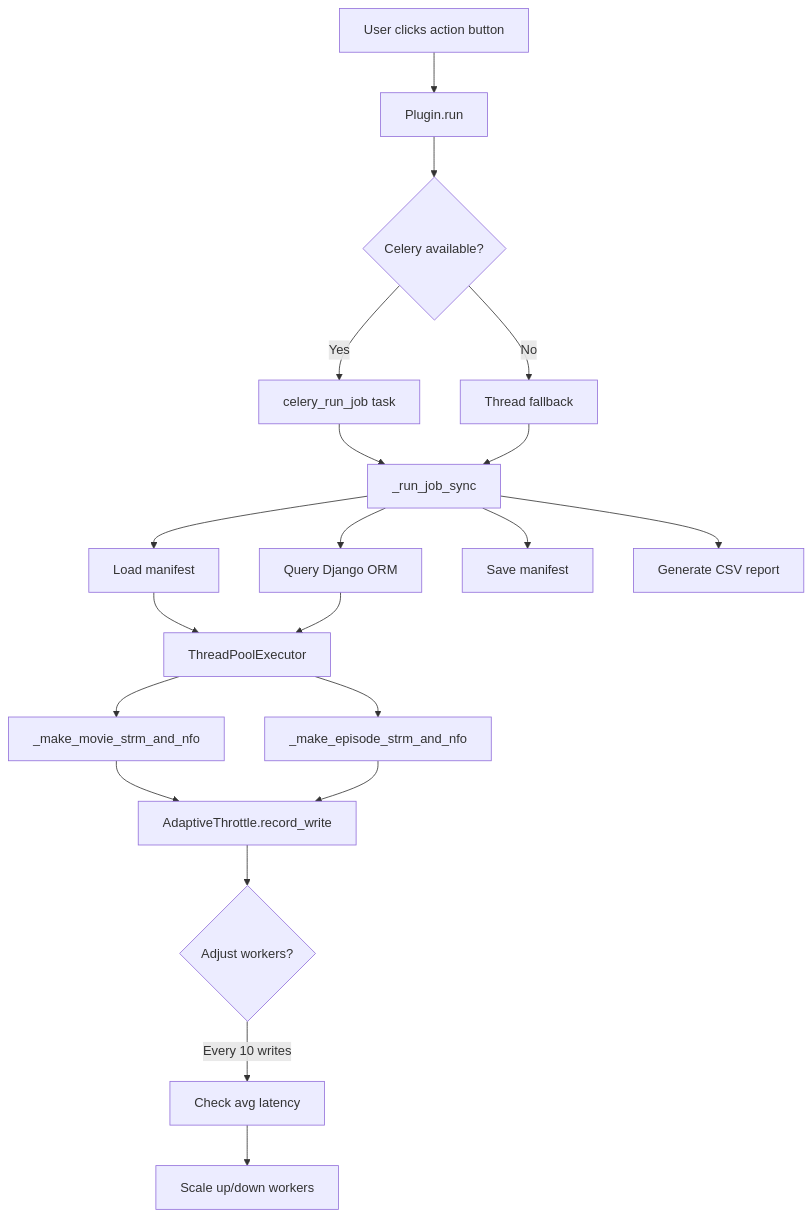
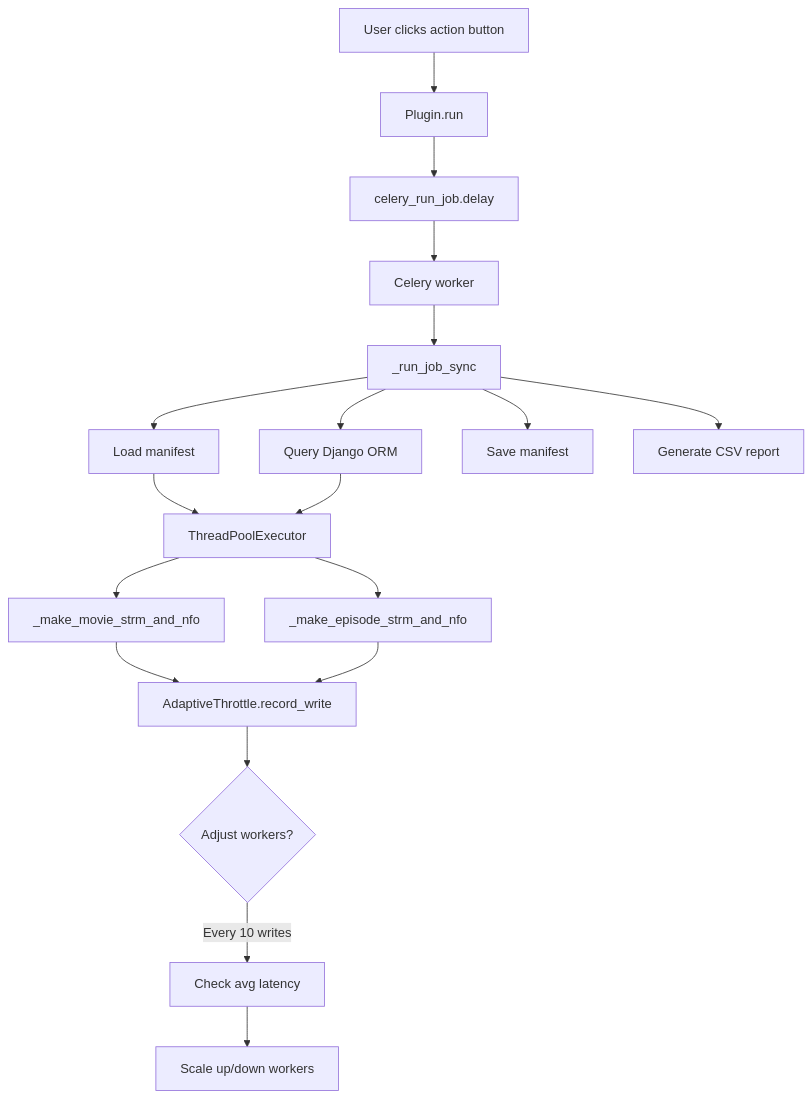
The diagram in CLAUDE.md (cmc0619/vod2strm), drawn with Mermaid before and after one commit. The commit also changed other lines of this file and 1 other file, not shown here.

Commit message:
Remove threading fallback - Celery is always available
REASONING:
This plugin runs inside Dispatcharr, which requires Celery to function.
If Celery is unavailable, Dispatcharr itself won't be running, so there's
no scenario where this plugin is active but Celery is down.

CHANGES:
- Removed threading fallback from _enqueue() method
- Simplified to just use Celery (with error logging if unavailable)
- Updated comments to reflect Celery is required, not optional
- Updated CLAUDE.md documentation to remove fallback references
- Updated architecture diagram to remove fallback flow

BENEFITS:
- Simpler code - less complexity to maintain
- No dead code paths that can never execute in production
- Clearer expectations - Celery is required, not optional

This is a simplification PR - park for review before merging.

````diff
--- a/CLAUDE.md
+++ b/CLAUDE.md
@@ -341,22 +341,20 @@
 ```mermaid
 graph TD
     A[User clicks action button] --> B[Plugin.run]
-    B --> C{Celery available?}
-    C -->|Yes| D[celery_run_job task]
-    C -->|No| E[Thread fallback]
-    D --> F[_run_job_sync]
-    E --> F
-    F --> G[Load manifest]
-    F --> H[Query Django ORM]
-    G --> I[ThreadPoolExecutor]
-    H --> I
-    I --> J[_make_movie_strm_and_nfo]
-    I --> K[_make_episode_strm_and_nfo]
-    J --> L[AdaptiveThrottle.record_write]
-    K --> L
-    L --> M{Adjust workers?}
-    M -->|Every 10 writes| N[Check avg latency]
-    N --> O[Scale up/down workers]
-    F --> P[Save manifest]
-    F --> Q[Generate CSV report]
+    B --> C[celery_run_job.delay]
+    C --> D[Celery worker]
+    D --> E[_run_job_sync]
+    E --> F[Load manifest]
+    E --> G[Query Django ORM]
+    F --> H[ThreadPoolExecutor]
+    G --> H
+    H --> I[_make_movie_strm_and_nfo]
+    H --> J[_make_episode_strm_and_nfo]
+    I --> K[AdaptiveThrottle.record_write]
+    J --> K
+    K --> L{Adjust workers?}
+    L -->|Every 10 writes| M[Check avg latency]
+    M --> N[Scale up/down workers]
+    E --> O[Save manifest]
+    E --> P[Generate CSV report]
 ```
````
